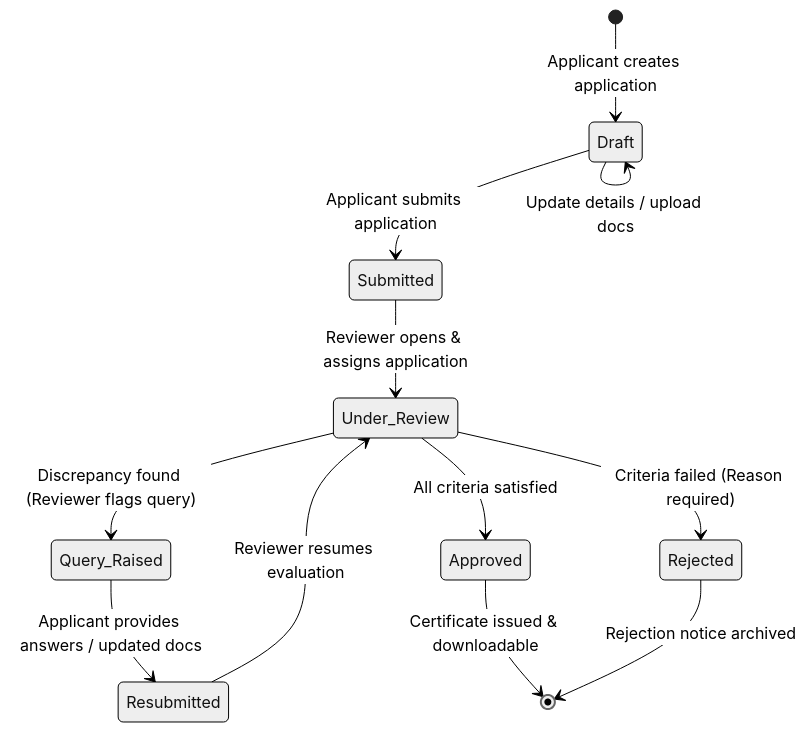
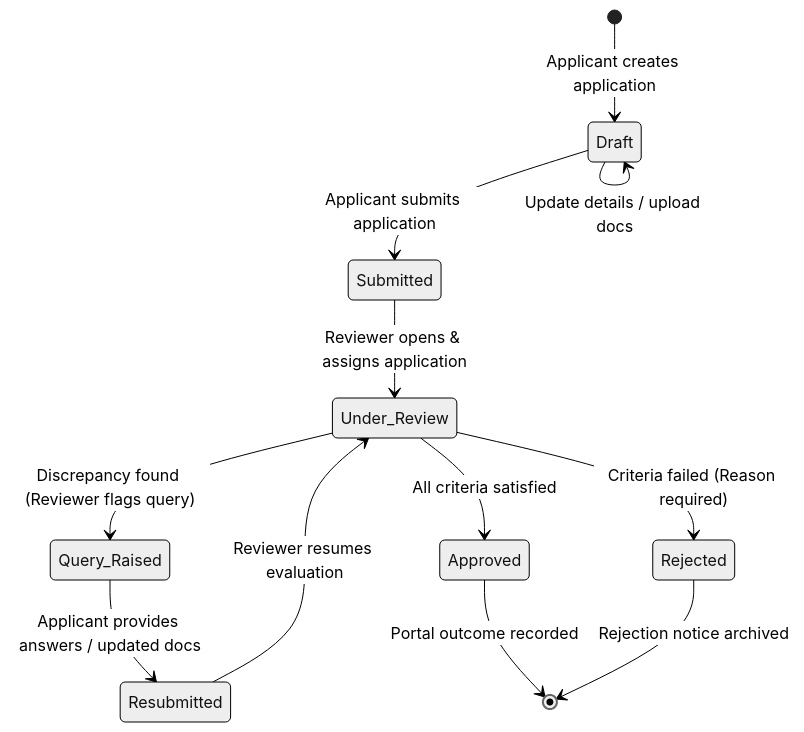
The first of 2 diagrams in docs/application-workflow.md (Prakhar-Jaiswal17/AYUSH-Startup-Registration-Portal), drawn with Mermaid (neutral theme) before and after one commit. The commit also changed other lines of this file and 17 other files, not shown here.

Commit message:
feat(frontend): prepare API client and clean up application flow

````diff
--- a/docs/application-workflow.md
+++ b/docs/application-workflow.md
@@ -83,19 +82,19 @@
 ```mermaid
 stateDiagram-v2
     [*] --> Draft : Applicant creates application
     
     Draft --> Draft : Update details / upload docs
     Draft --> Submitted : Applicant submits application
     
     Submitted --> Under_Review : Reviewer opens & assigns application
     
     Under_Review --> Query_Raised : Discrepancy found (Reviewer flags query)
     Query_Raised --> Resubmitted : Applicant provides answers / updated docs
     Resubmitted --> Under_Review : Reviewer resumes evaluation
     
     Under_Review --> Approved : All criteria satisfied
     Under_Review --> Rejected : Criteria failed (Reason required)
     
-    Approved --> [*] : Certificate issued & downloadable
+    Approved --> [*] : Portal outcome recorded
     Rejected --> [*] : Rejection notice archived
 ```
````
